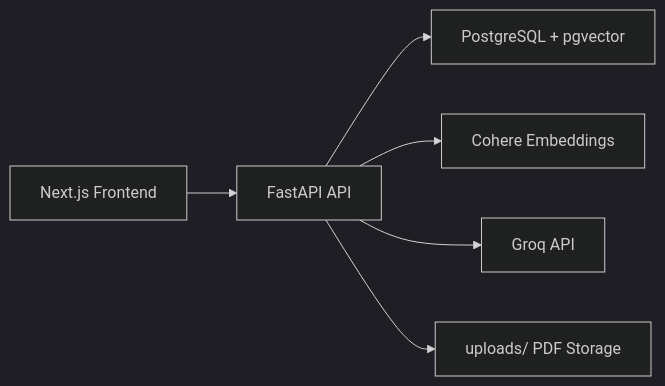
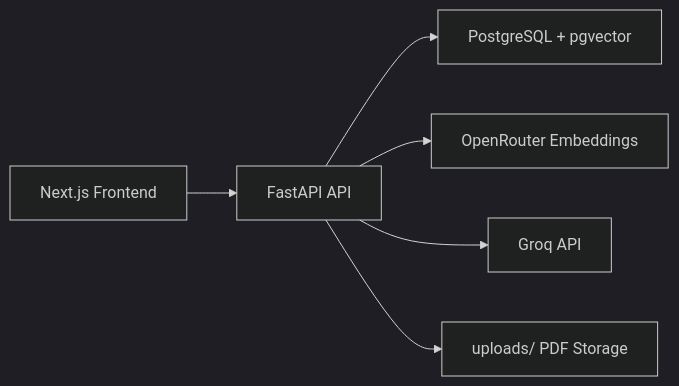
Before and after one commit to rj25031/RAG-Chatbot: the diagram in README.md, drawn with Mermaid (dark theme). The commit also changed other lines of this file and 24 other files, not shown here.

````diff
--- a/README.md
+++ b/README.md
@@ -27,8 +27,8 @@
 ```mermaid
 flowchart LR
     A["Next.js Frontend"] --> B["FastAPI API"]
     B --> C["PostgreSQL + pgvector"]
-    B --> D["Cohere Embeddings"]
+    B --> D["OpenRouter Embeddings"]
     B --> E["Groq API"]
     B --> F["uploads/ PDF Storage"]
 ```
````
